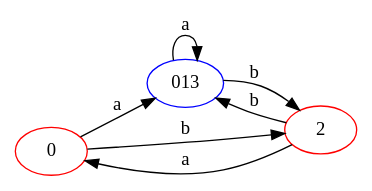
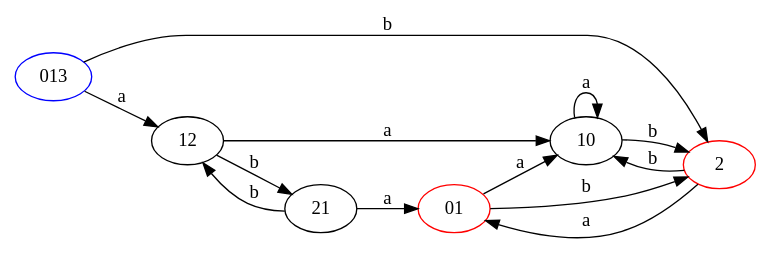
One commit to ZvNico/MathInfo changed the diagram in graphes/A4-39.gv. Above: the diagram before and after it, drawn with Graphviz. The commit also changed 57 other files, not shown here.

```diff
--- a/graphes/A4-39.gv
+++ b/graphes/A4-39.gv
@@ -1,12 +1,21 @@
 digraph {
 	rankdir=LR
-	0 [color=red]
-	0 -> 013 [label=a]
-	0 -> 2 [label=b]
+	01 [color=red]
+	01 -> 10 [label=a]
+	01 -> 2 [label=b]
+	10
+	10 -> 10 [label=a]
+	10 -> 2 [label=b]
+	2 [color=red]
+	2 -> 01 [label=a]
+	2 -> 10 [label=b]
+	12
+	12 -> 10 [label=a]
+	12 -> 21 [label=b]
+	21
+	21 -> 01 [label=a]
+	21 -> 12 [label=b]
 	013 [color=blue]
-	013 -> 013 [label=a]
+	013 -> 12 [label=a]
 	013 -> 2 [label=b]
-	2 [color=red]
-	2 -> 0 [label=a]
-	2 -> 013 [label=b]
 }
```
